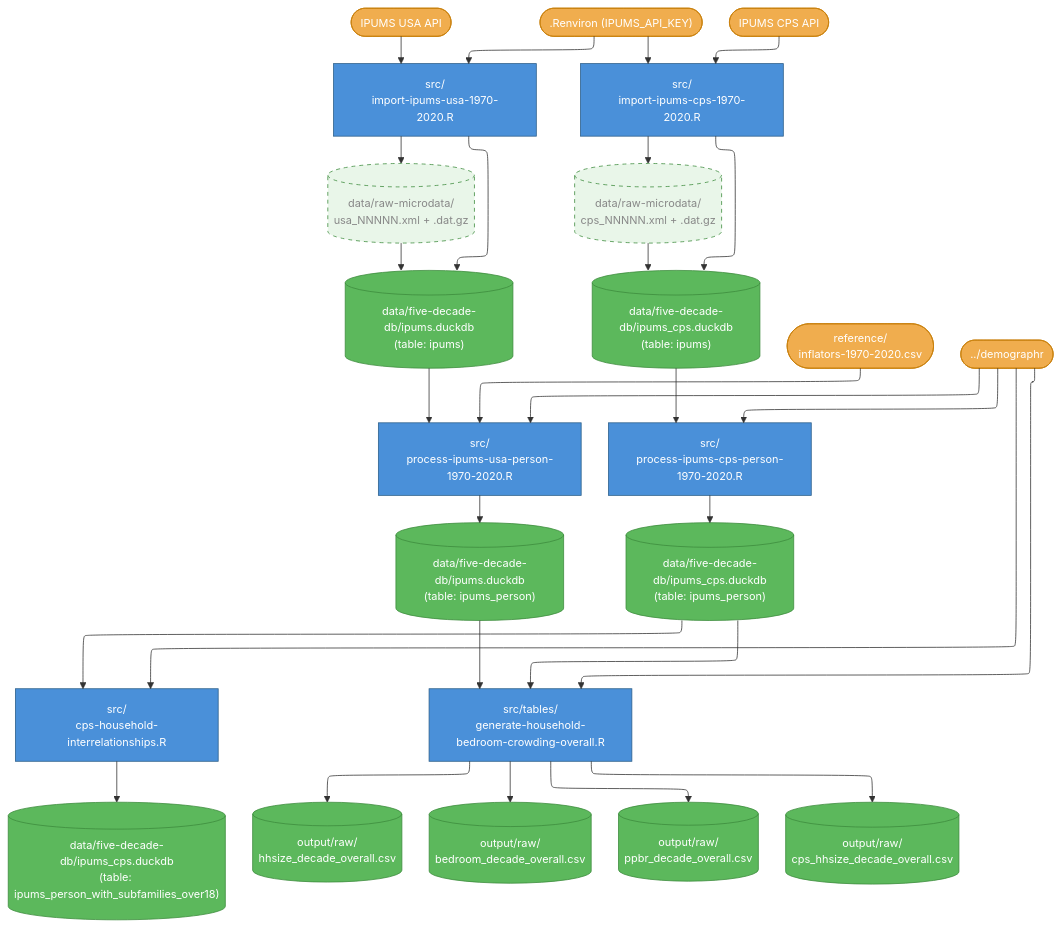
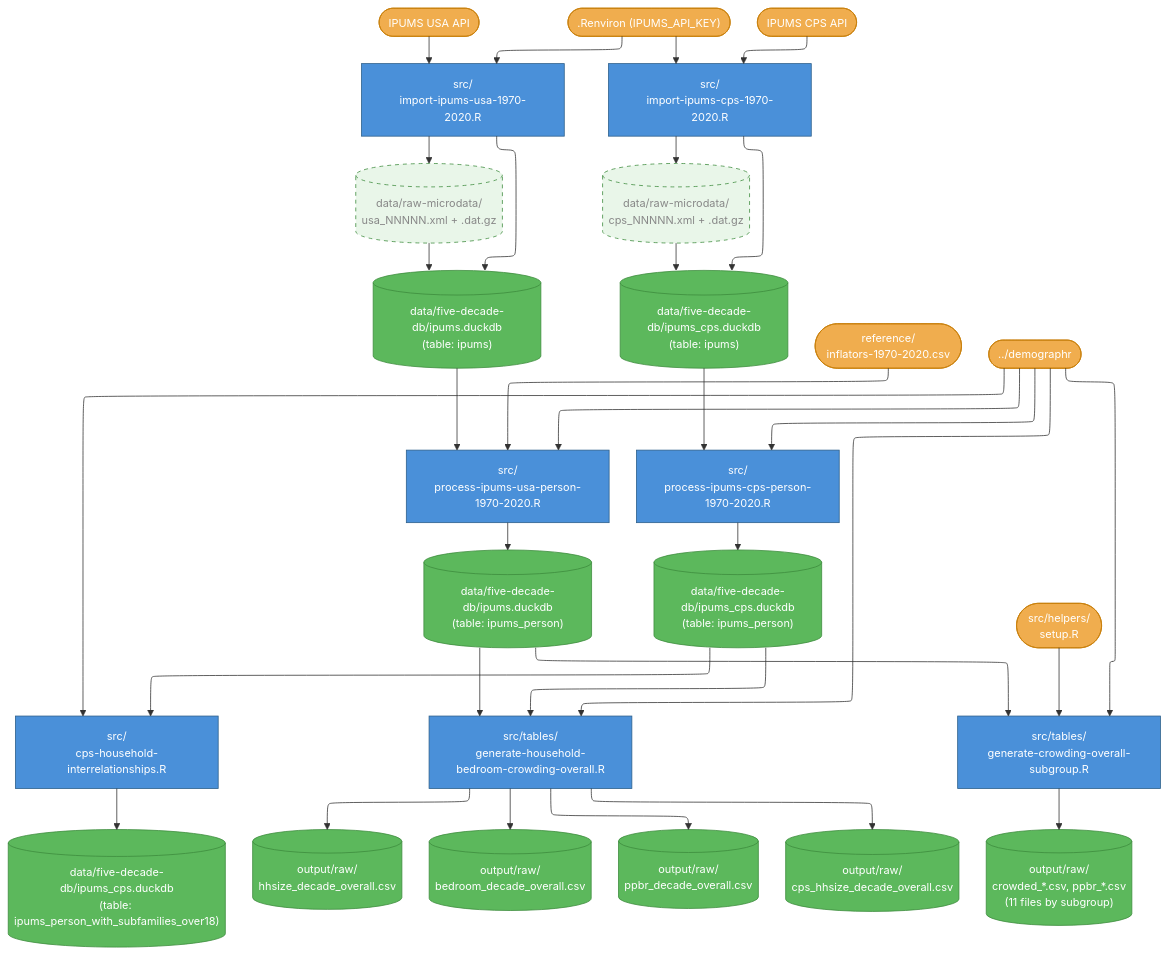
Before and after one commit to lorae/households-over-the-years: the diagram in households-over-the-years/Data flow.md, drawn with Mermaid. The commit also changed 2 other files, not shown here.

Commit message:
refactor: move generate-crowding-overall-subgroup to src/tables/, add header and diagram entry

````diff
--- a/households-over-the-years/Data flow.md
+++ b/households-over-the-years/Data flow.md
@@ -89,4 +89,14 @@
     gen_hh_crowding --> bedroom_overall
     gen_hh_crowding --> ppbr_overall
     gen_hh_crowding --> cps_hhsize_overall
+
+    %% --- Tables: crowding overall by subgroup ---
+    setup(["src/helpers/<br>setup.R"]):::input
+    gen_crowding_subgroup["src/tables/<br>generate-crowding-overall-subgroup.R"]:::script
+    crowding_subgroup_csvs[("output/raw/<br>crowded_*.csv, ppbr_*.csv<br>(11 files by subgroup)")]:::data
+
+    ipums_person_db --> gen_crowding_subgroup
+    demographr --> gen_crowding_subgroup
+    setup --> gen_crowding_subgroup
+    gen_crowding_subgroup --> crowding_subgroup_csvs
 ```
````
